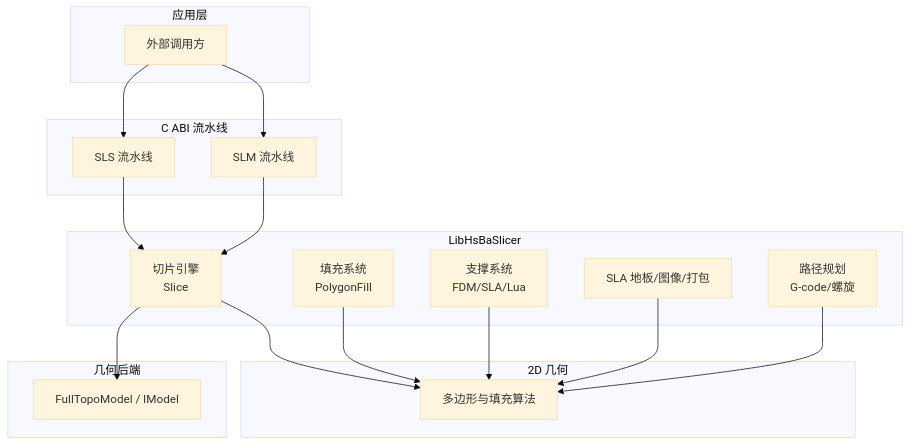
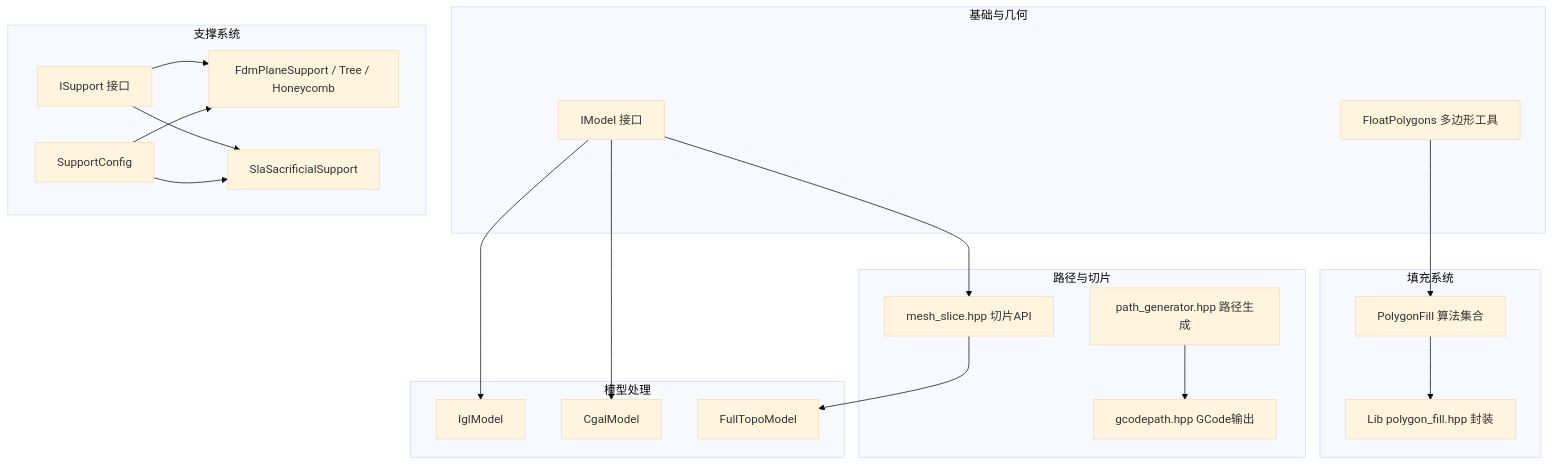
The first of 8 diagrams in .qoder/repowiki/zh/content/核心模块详解/核心模块详解.md (hsmbanlance/HsBaSlicer), drawn with Mermaid (base theme) before and after one commit. The commit also changed other lines of this file and 1135 other files, not shown here.

````diff
--- a/.qoder/repowiki/zh/content/核心模块详解/核心模块详解.md
+++ b/.qoder/repowiki/zh/content/核心模块详解/核心模块详解.md
@@ -47,33 +45,38 @@
 ```mermaid
 graph TB
-subgraph "应用层"
-APP["外部调用方"]
+subgraph "基础与几何"
+IM["IModel 接口"]
+FP["FloatPolygons 多边形工具"]
 end
-subgraph "C ABI 流水线"
-SLSP["SLS 流水线"]
-SLM["SLM 流水线"]
+subgraph "模型处理"
+IG["IglModel"]
+CG["CgalModel"]
+FT["FullTopoModel"]
 end
-subgraph "LibHsBaSlicer"
-SLICE["切片引擎<br/>Slice"]
-FILL["填充系统<br/>PolygonFill"]
-SUPPORT["支撑系统<br/>FDM/SLA/Lua"]
-FLOOR["SLA 地板/图像/打包"]
-PATH["路径规划<br/>G-code/螺旋"]
+subgraph "支撑系统"
+IS["ISupport 接口"]
+FS["FdmPlaneSupport / Tree / Honeycomb"]
+SS["SlaSacrificialSupport"]
+SC["SupportConfig"]
 end
-subgraph "2D 几何"
-POLY["多边形与填充算法"]
+subgraph "填充系统"
+PF["PolygonFill 算法集合"]
+LPF["Lib polygon_fill.hpp 封装"]
 end
-subgraph "几何后端"
-TOPO["FullTopoModel / IModel"]
+subgraph "路径与切片"
+MS["mesh_slice.hpp 切片API"]
+PG["path_generator.hpp 路径生成"]
+GC["gcodepath.hpp GCode输出"]
 end
-APP --> SLSP
-APP --> SLM
-SLSP --> SLICE
-SLM --> SLICE
-SLICE --> TOPO
-SLICE --> POLY
-FILL --> POLY
-SUPPORT --> POLY
-FLOOR --> POLY
-PATH --> POLY
+IM --> IG
+IM --> CG
+IM --> MS
+FP --> PF
+PF --> LPF
+IS --> FS
+IS --> SS
+SC --> FS
+SC --> SS
+MS --> FT
+PG --> GC
 ```
````
